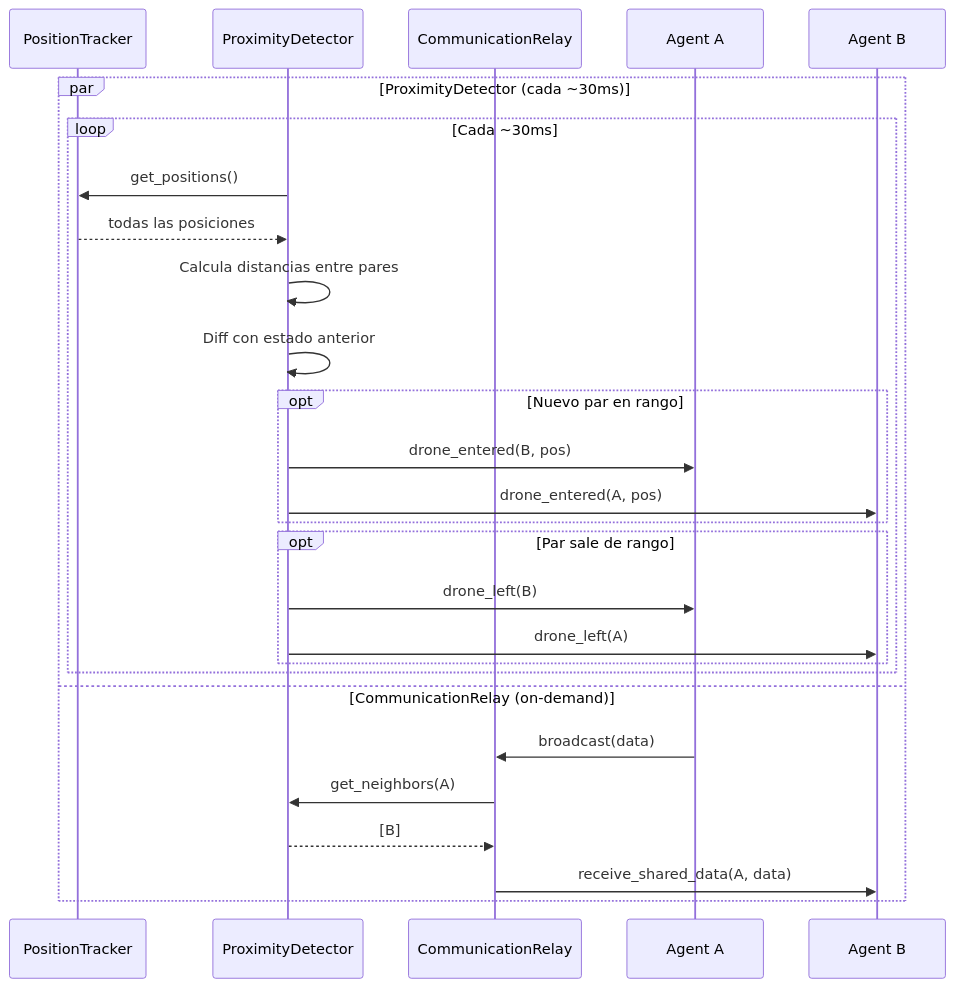
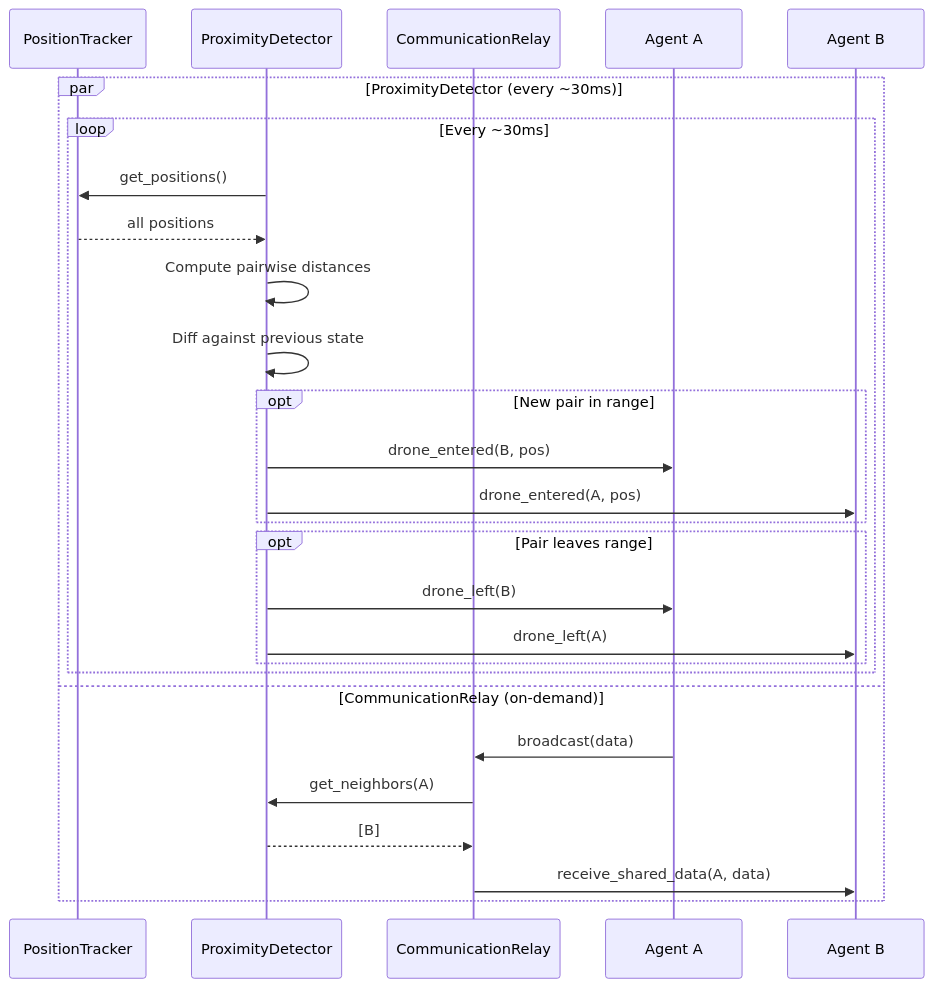
Before and after one commit to FLAGlab/Elixir-Swarm-Simulator: the ninth of 11 diagrams in docs/data_flows.md, drawn with Mermaid. The commit also changed other lines of this file and 40 other files, not shown here.

````diff
--- a/docs/data_flows.md
+++ b/docs/data_flows.md
@@ -246,30 +247,30 @@
 ```mermaid
 sequenceDiagram
     participant PT as PositionTracker
     participant PD as ProximityDetector
     participant CR as CommunicationRelay
     participant A as Agent A
     participant B as Agent B
 
-    par ProximityDetector (cada ~30ms)
-        loop Cada ~30ms
+    par ProximityDetector (every ~30ms)
+        loop Every ~30ms
             PD->>PT: get_positions()
-            PT-->>PD: todas las posiciones
-            PD->>PD: Calcula distancias entre pares
-            PD->>PD: Diff con estado anterior
-            opt Nuevo par en rango
+            PT-->>PD: all positions
+            PD->>PD: Compute pairwise distances
+            PD->>PD: Diff against previous state
+            opt New pair in range
                 PD->>A: drone_entered(B, pos)
                 PD->>B: drone_entered(A, pos)
             end
-            opt Par sale de rango
+            opt Pair leaves range
                 PD->>A: drone_left(B)
                 PD->>B: drone_left(A)
             end
         end
     and CommunicationRelay (on-demand)
         A->>CR: broadcast(data)
         CR->>PD: get_neighbors(A)
         PD-->>CR: [B]
         CR->>B: receive_shared_data(A, data)
     end
 ```
````
